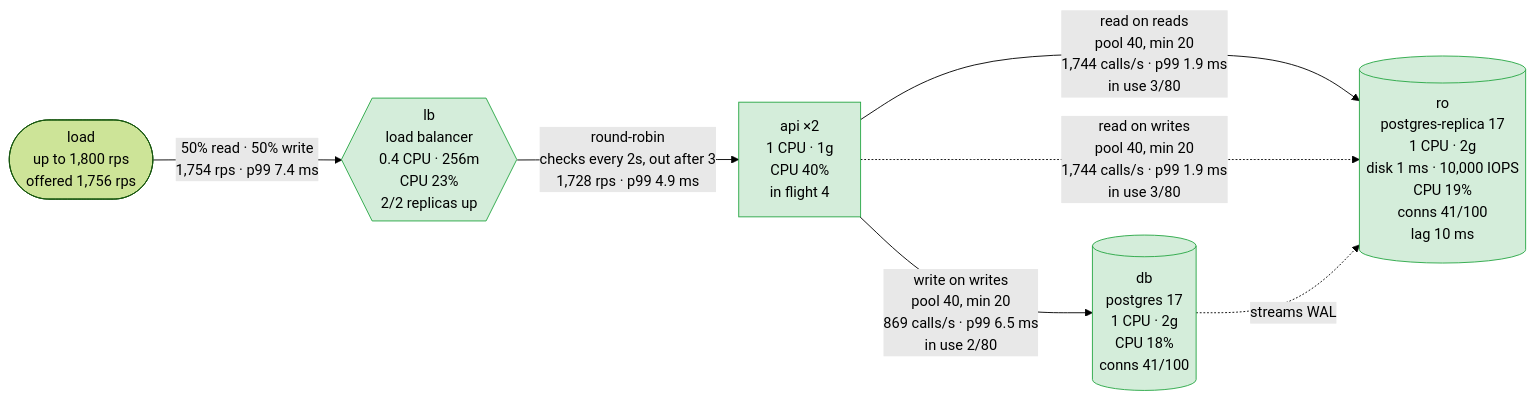
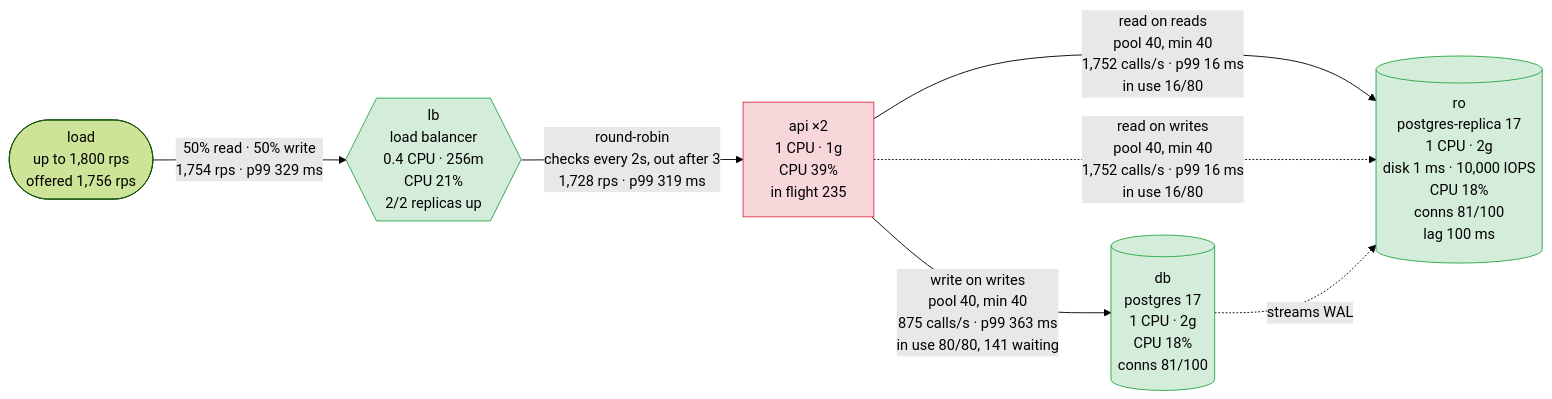
The first of 5 diagrams in scenarios/stale-orders/solutions/bigger-replica/report.md (akinfemi/load-lore), drawn with Mermaid (forest theme) before and after one commit. The commit also changed other lines of this file and 71 other files, not shown here.

````diff
--- a/scenarios/stale-orders/solutions/bigger-replica/report.md
+++ b/scenarios/stale-orders/solutions/bigger-replica/report.md
@@ -15,18 +15,19 @@
 ```mermaid
 flowchart LR
     load(["load<br/>up to 1,800 rps<br/>offered 1,756 rps"])
-    lb{{"lb<br/>load balancer<br/>0.4 CPU · 256m<br/>CPU 23%<br/>2/2 replicas up"}}
-    api["api ×2<br/>1 CPU · 1g<br/>CPU 40%<br/>in flight 4"]
-    ro[("ro<br/>postgres-replica 17<br/>1 CPU · 2g<br/>disk 1 ms · 10,000 IOPS<br/>CPU 19%<br/>conns 41/100<br/>lag 10 ms")]
-    db[("db<br/>postgres 17<br/>1 CPU · 2g<br/>CPU 18%<br/>conns 41/100")]
-    load -->|"50% read · 50% write<br/>1,754 rps · p99 7.4 ms"| lb
-    lb -->|"round-robin<br/>checks every 2s, out after 3<br/>1,728 rps · p99 4.9 ms"| api
-    api -->|"read on reads<br/>pool 40, min 20<br/>1,744 calls/s · p99 1.9 ms<br/>in use 3/80"| ro
-    api -->|"write on writes<br/>pool 40, min 20<br/>869 calls/s · p99 6.5 ms<br/>in use 2/80"| db
-    api -.->|"read on writes<br/>pool 40, min 20<br/>1,744 calls/s · p99 1.9 ms<br/>in use 3/80"| ro
+    lb{{"lb<br/>load balancer<br/>0.4 CPU · 256m<br/>CPU 21%<br/>2/2 replicas up"}}
+    api["api ×2<br/>1 CPU · 1g<br/>CPU 39%<br/>in flight 235"]
+    ro[("ro<br/>postgres-replica 17<br/>1 CPU · 2g<br/>disk 1 ms · 10,000 IOPS<br/>CPU 18%<br/>conns 81/100<br/>lag 100 ms")]
+    db[("db<br/>postgres 17<br/>1 CPU · 2g<br/>CPU 18%<br/>conns 81/100")]
+    load -->|"50% read · 50% write<br/>1,754 rps · p99 329 ms"| lb
+    lb -->|"round-robin<br/>checks every 2s, out after 3<br/>1,728 rps · p99 319 ms"| api
+    api -->|"read on reads<br/>pool 40, min 40<br/>1,752 calls/s · p99 16 ms<br/>in use 16/80"| ro
+    api -->|"write on writes<br/>pool 40, min 40<br/>875 calls/s · p99 363 ms<br/>in use 80/80, 141 waiting"| db
+    api -.->|"read on writes<br/>pool 40, min 40<br/>1,752 calls/s · p99 16 ms<br/>in use 16/80"| ro
     db -.->|"streams WAL"| ro
     classDef ok fill:#d4edda,stroke:#28a745,color:#000
     classDef warm fill:#fff3cd,stroke:#d39e00,color:#000
     classDef hot fill:#f8d7da,stroke:#dc3545,color:#000
-    class lb,api,ro,db ok
+    class lb,ro,db ok
+    class api hot
 ```
````
